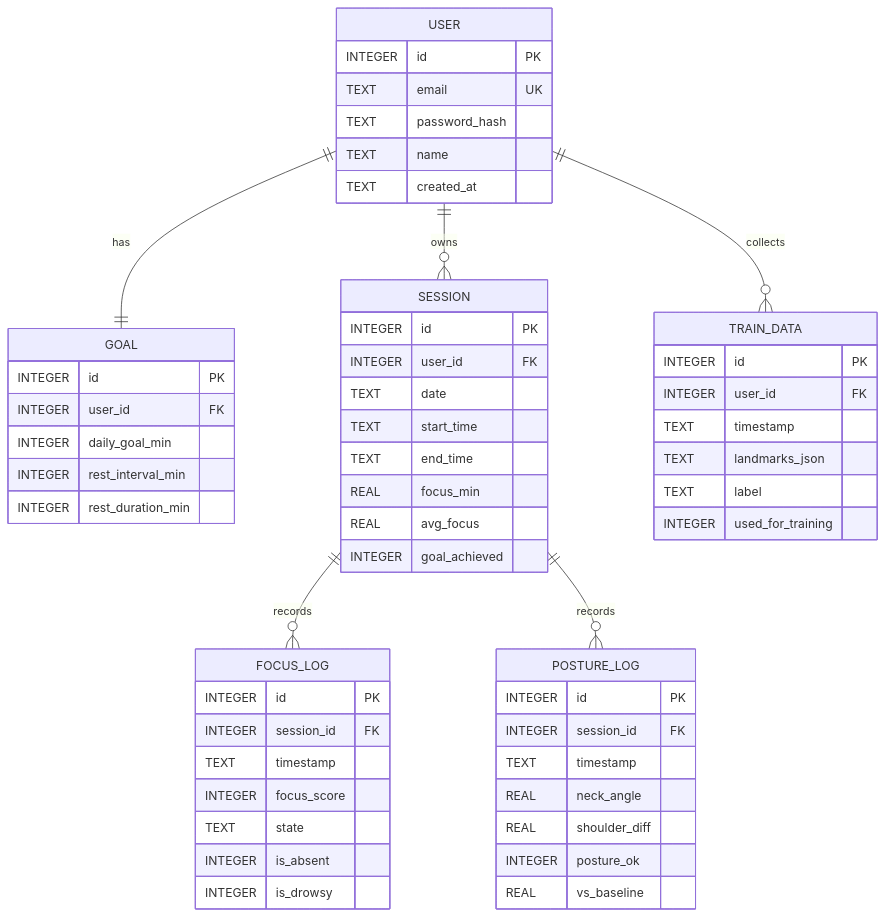
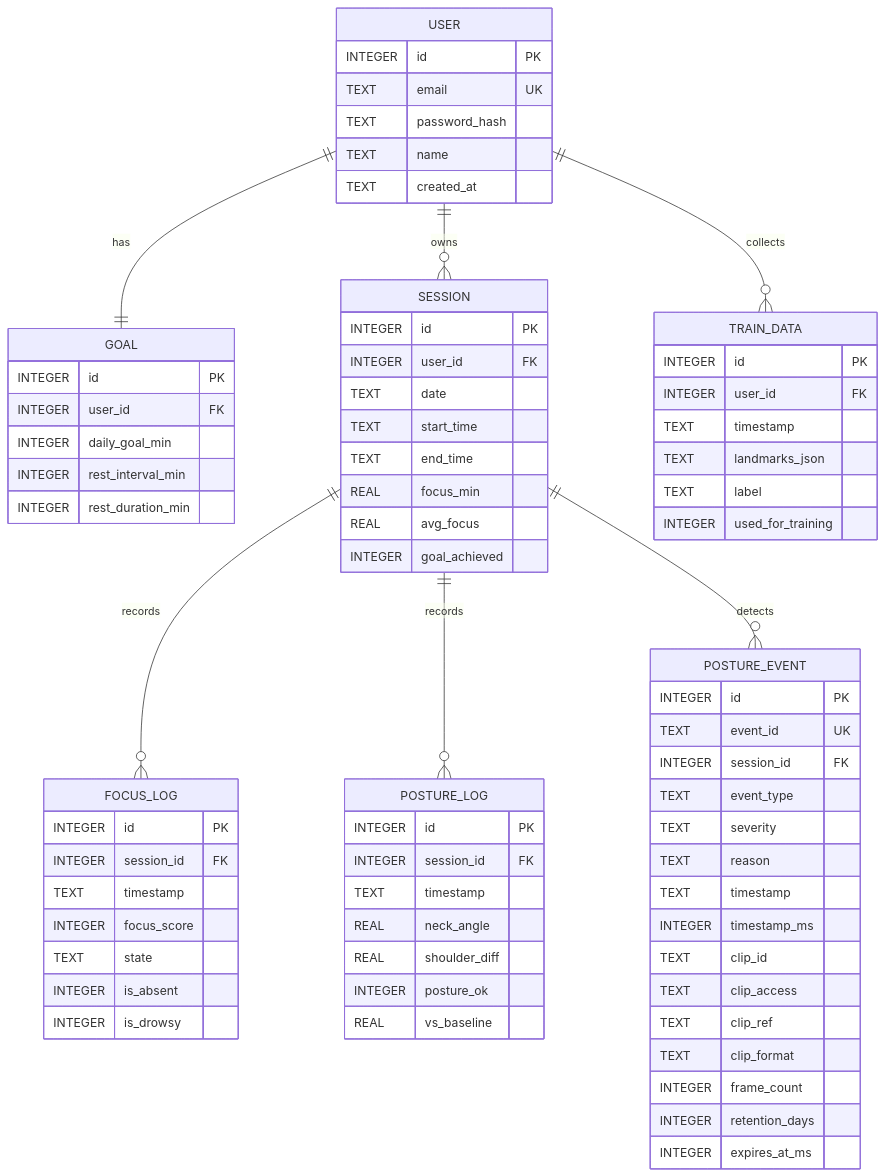
One commit to taehyunny/StudySync changed the diagram in docs/project/[4조] StudySync DB_ERD.md. Above: the diagram before and after it, drawn with Mermaid. The commit also changed other lines of this file and 49 other files, not shown here.

```diff
--- a/docs/project/[4조] StudySync DB_ERD.md
+++ b/docs/project/[4조] StudySync DB_ERD.md
@@ -18,6 +19,7 @@
     USER ||--o{ SESSION : owns
     SESSION ||--o{ FOCUS_LOG : records
     SESSION ||--o{ POSTURE_LOG : records
+    SESSION ||--o{ POSTURE_EVENT : detects
     USER ||--o{ TRAIN_DATA : collects
 
     USER {
@@ -67,6 +69,24 @@
         REAL vs_baseline
     }
 
+    POSTURE_EVENT {
+        INTEGER id PK
+        TEXT event_id UK
+        INTEGER session_id FK
+        TEXT event_type
+        TEXT severity
+        TEXT reason
+        TEXT timestamp
+        INTEGER timestamp_ms
+        TEXT clip_id
+        TEXT clip_access
+        TEXT clip_ref
+        TEXT clip_format
+        INTEGER frame_count
+        INTEGER retention_days
+        INTEGER expires_at_ms
+    }
+
     TRAIN_DATA {
         INTEGER id PK
         INTEGER user_id FK
```
